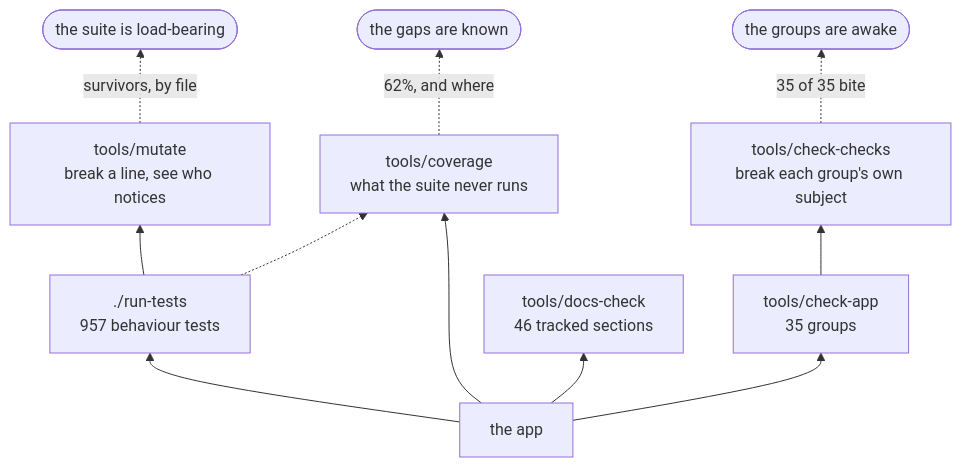
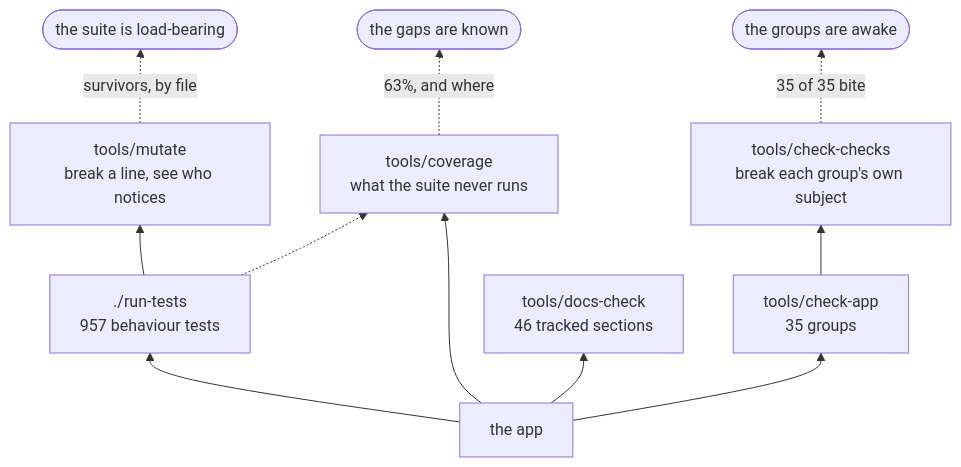
One commit to minormending/crystal-pilot-mobile changed the second of 3 diagrams in docs/DEVELOPING.md. Above: the diagram before and after it, drawn with Mermaid. The commit also changed 7 other files, not shown here.

````diff
--- a/docs/DEVELOPING.md
+++ b/docs/DEVELOPING.md
@@ -128,13 +128,13 @@
 ```mermaid
 flowchart BT
     C["the app"] --> T["./run-tests<br/>957 behaviour tests"]
     C --> A["tools/check-app<br/>35 groups"]
     C --> D["tools/docs-check<br/>46 tracked sections"]
     C --> V["tools/coverage<br/>what the suite never runs"]
     T --> M["tools/mutate<br/>break a line, see who notices"]
     A --> K["tools/check-checks<br/>break each group's own subject"]
     T -.-> V
     M -.->|"survivors, by file"| R(["the suite is load-bearing"])
     K -.->|"35 of 35 bite"| R2(["the groups are awake"])
-    V -.->|"62%, and where"| R3(["the gaps are known"])
+    V -.->|"63%, and where"| R3(["the gaps are known"])
 ```
````
